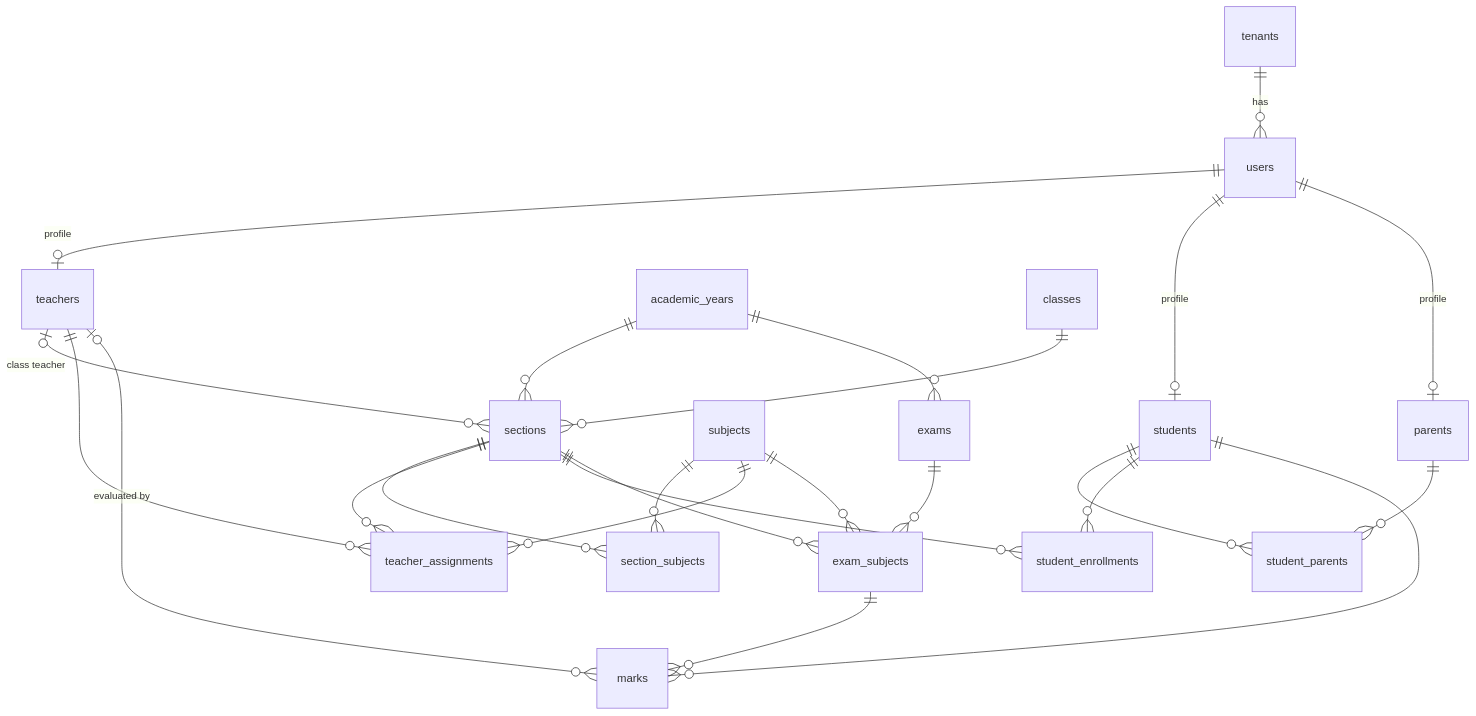
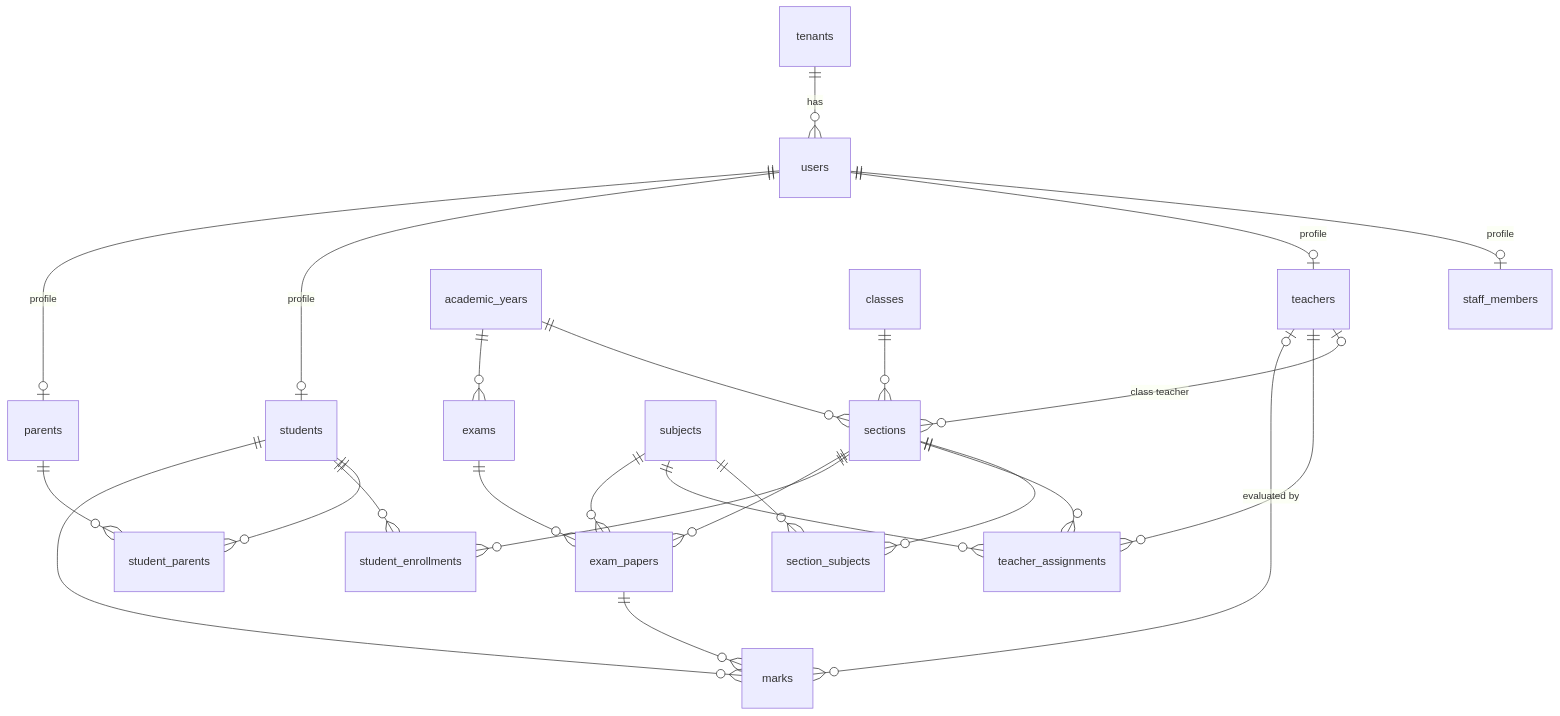
The diagram in docs/DATA_MODEL.md (Suman-00X/School-Backend), drawn with Mermaid before and after one commit. The commit also changed other lines of this file and 255 other files, not shown here.

````diff
--- a/docs/DATA_MODEL.md
+++ b/docs/DATA_MODEL.md
@@ -71,28 +75,29 @@
 ```mermaid
 erDiagram
   tenants ||--o{ users : has
+  users ||--o| staff_members : "profile"
   users ||--o| teachers : "profile"
   users ||--o| students : "profile"
   users ||--o| parents : "profile"
   students ||--o{ student_parents : ""
   parents ||--o{ student_parents : ""
 
   academic_years ||--o{ sections : ""
   classes ||--o{ sections : ""
   teachers |o--o{ sections : "class teacher"
   sections ||--o{ section_subjects : ""
   subjects ||--o{ section_subjects : ""
   sections ||--o{ teacher_assignments : ""
   subjects ||--o{ teacher_assignments : ""
   teachers ||--o{ teacher_assignments : ""
   sections ||--o{ student_enrollments : ""
   students ||--o{ student_enrollments : ""
 
   academic_years ||--o{ exams : ""
-  exams ||--o{ exam_subjects : ""
-  sections ||--o{ exam_subjects : ""
-  subjects ||--o{ exam_subjects : ""
-  exam_subjects ||--o{ marks : ""
+  exams ||--o{ exam_papers : ""
+  sections ||--o{ exam_papers : ""
+  subjects ||--o{ exam_papers : ""
+  exam_papers ||--o{ marks : ""
   students ||--o{ marks : ""
   teachers |o--o{ marks : "evaluated by"
 ```
````
